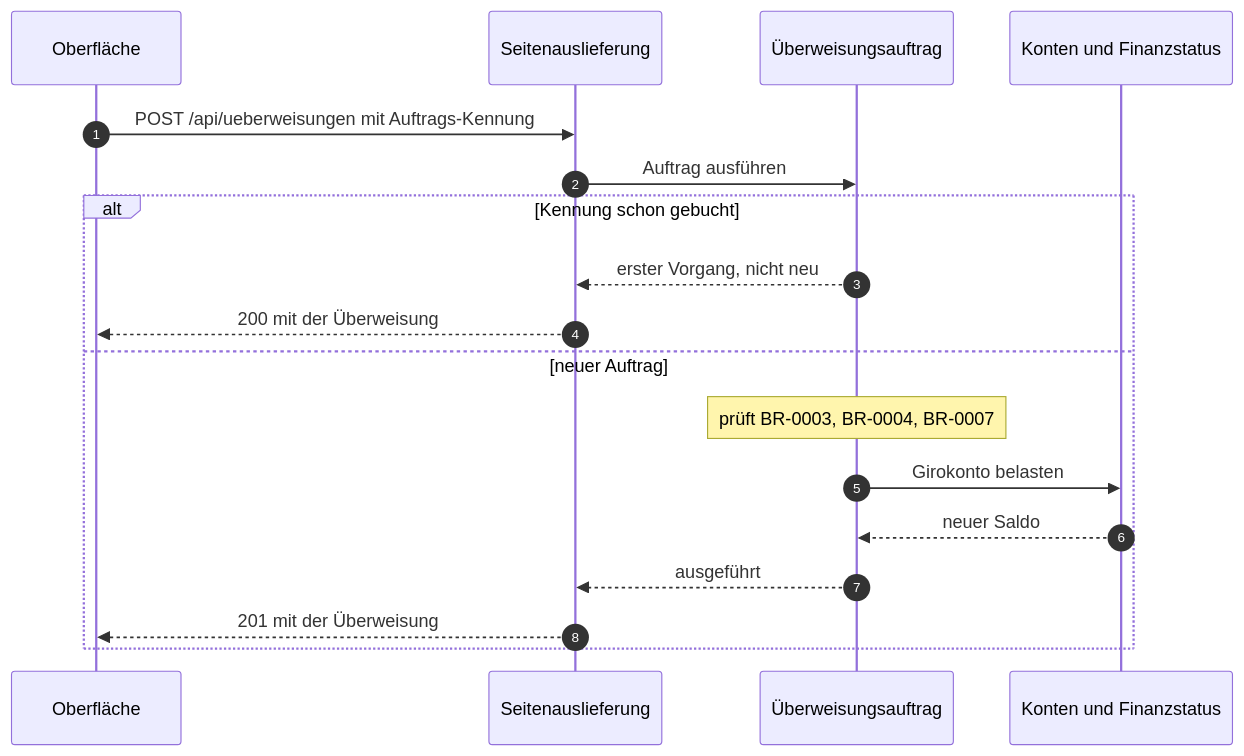
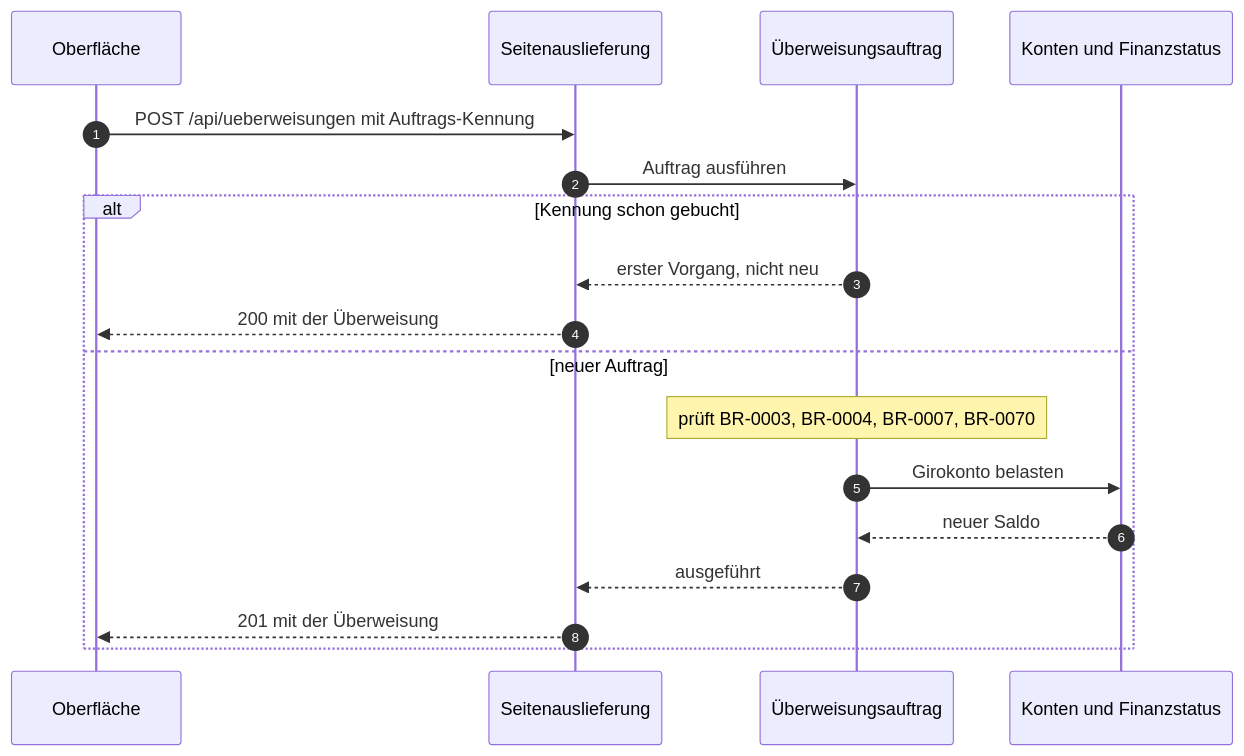
The fifth of 6 diagrams in docs/architecture.md (dakn85/online-banking), drawn with Mermaid before and after one commit. The commit also changed other lines of this file and 7 other files, not shown here.

````diff
--- a/docs/architecture.md
+++ b/docs/architecture.md
@@ -136,20 +136,20 @@
 ```mermaid
 sequenceDiagram
     autonumber
     participant Oberflaeche as Oberfläche
     participant Seiten as Seitenauslieferung
     participant Auftrag as Überweisungsauftrag
     participant Konten as Konten und Finanzstatus
     Oberflaeche->>Seiten: POST /api/ueberweisungen mit Auftrags-Kennung
     Seiten->>Auftrag: Auftrag ausführen
     alt Kennung schon gebucht
         Auftrag-->>Seiten: erster Vorgang, nicht neu
         Seiten-->>Oberflaeche: 200 mit der Überweisung
     else neuer Auftrag
-        Note over Auftrag: prüft BR-0003, BR-0004, BR-0007
+        Note over Auftrag: prüft BR-0003, BR-0004, BR-0007, BR-0070
         Auftrag->>Konten: Girokonto belasten
         Konten-->>Auftrag: neuer Saldo
         Auftrag-->>Seiten: ausgeführt
         Seiten-->>Oberflaeche: 201 mit der Überweisung
     end
 ```
````
